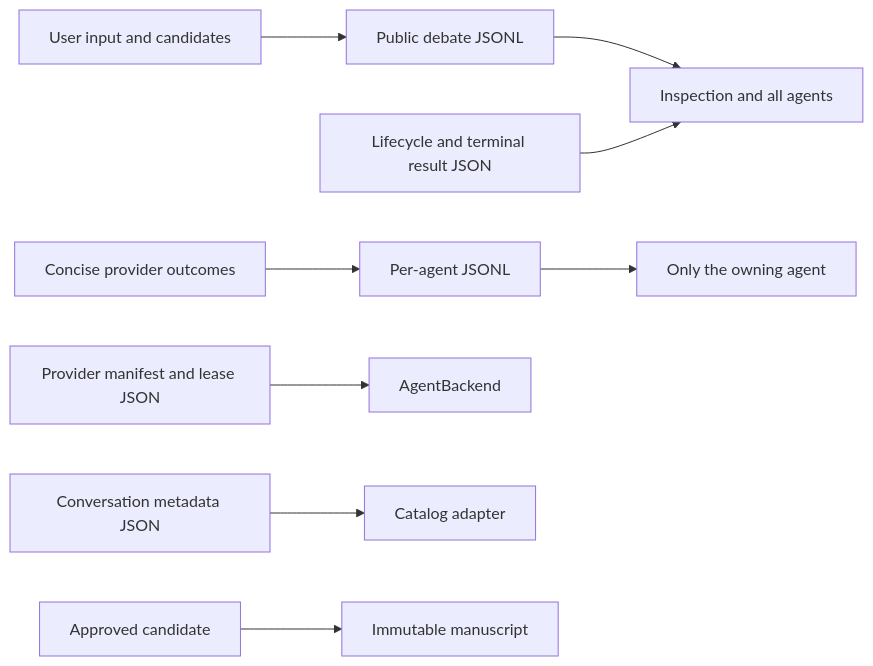
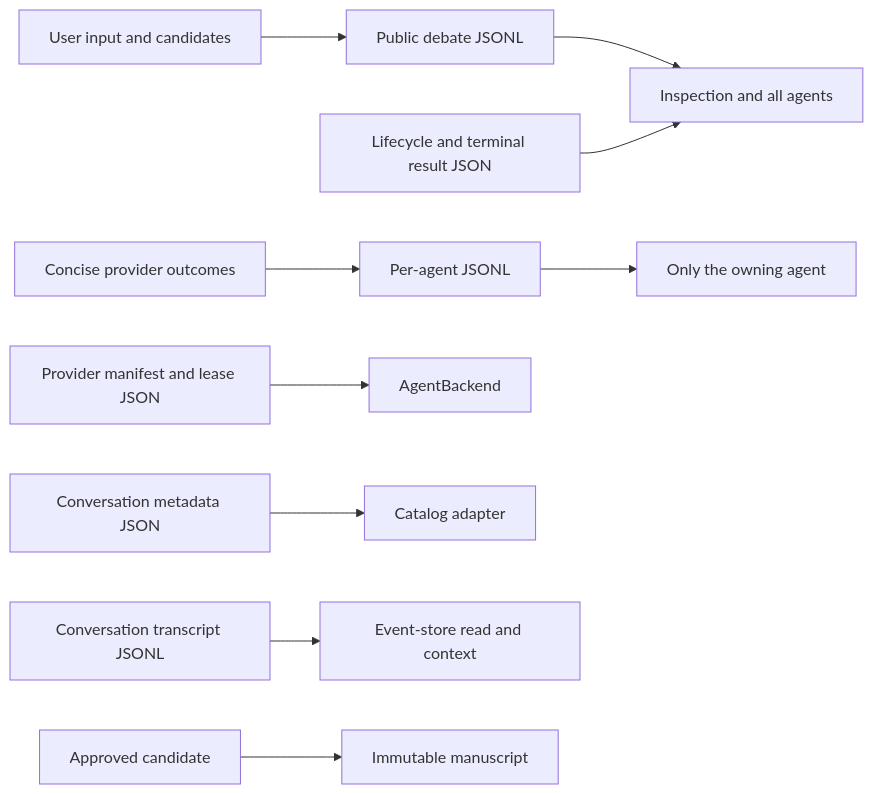
Before and after one commit to Kims-DeveloperGroup/story-writing-agents: the first of 2 diagrams in docs/design/persistence.md, drawn with Mermaid. The commit also changed other lines of this file and 20 other files, not shown here.

Commit message:
Add validated conversation transcript storage

````diff
--- a/docs/design/persistence.md
+++ b/docs/design/persistence.md
@@ -13,11 +15,14 @@
 ```mermaid
 flowchart LR
+    accTitle: Persistence channel ownership
+    accDescr: Each stored channel flows to its owning reader or adapter.
     U[User input and candidates] --> B[Public debate JSONL]
     B --> I[Inspection and all agents]
     O[Concise provider outcomes] --> A[Per-agent JSONL]
     A --> E[Only the owning agent]
     L[Lifecycle and terminal result JSON] --> I
     P[Provider manifest and lease JSON] --> K[AgentBackend]
     C[Conversation metadata JSON] --> G[Catalog adapter]
+    T[Conversation transcript JSONL] --> V[Event-store read and context]
     F[Approved candidate] --> M[Immutable manuscript]
 ```
````
